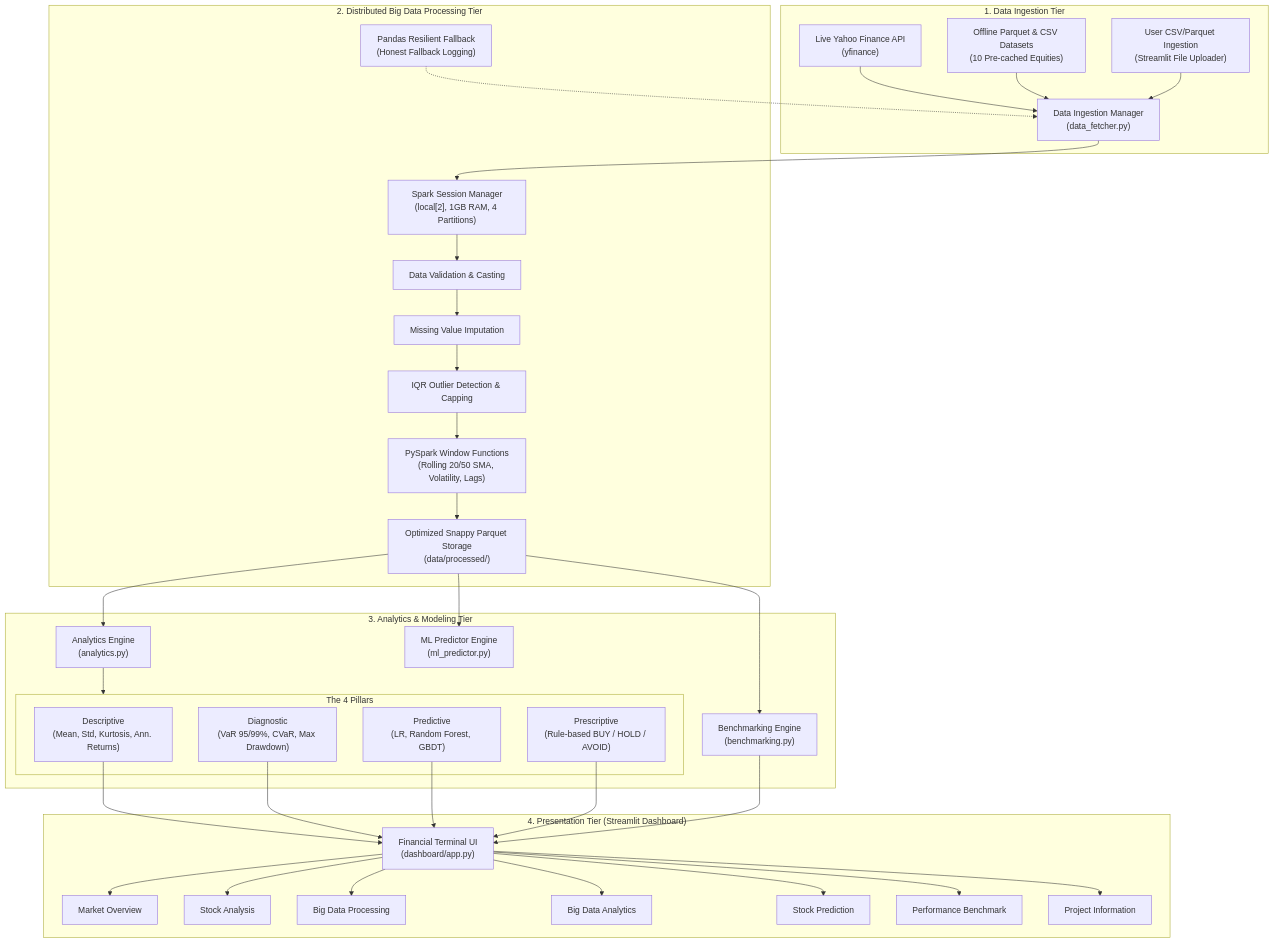
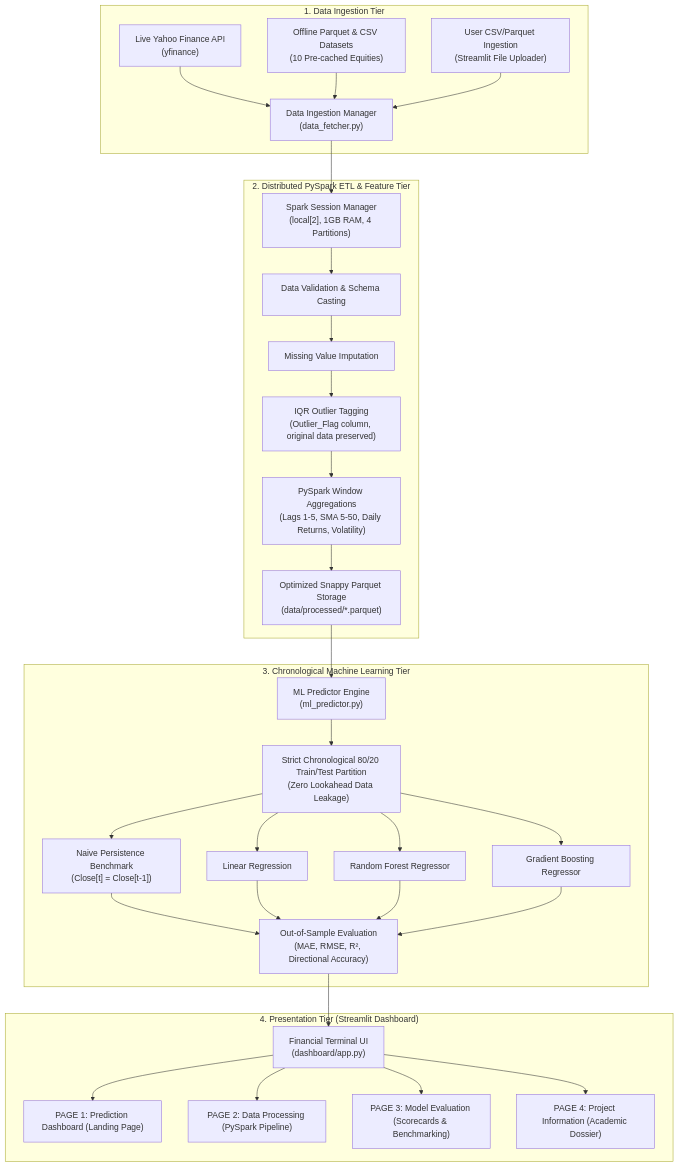
One commit to dinakargowdan585/StockSense-Big-Data-Analytics changed the first of 2 diagrams in BLUEPRINTS.md. Above: the diagram before and after it, drawn with Mermaid. The commit also changed other lines of this file and 6 other files, not shown here.

Commit message:
feat(restructure): transform StockSense into focused 4-page Big Data Stock Market Prediction System

````diff
--- a/BLUEPRINTS.md
+++ b/BLUEPRINTS.md
@@ -11,49 +11,41 @@
 ```mermaid
 flowchart TD
     subgraph Layer1["1. Data Ingestion Tier"]
         API["Live Yahoo Finance API<br/>(yfinance)"]
         LocalDisk["Offline Parquet & CSV Datasets<br/>(10 Pre-cached Equities)"]
         Upload["User CSV/Parquet Ingestion<br/>(Streamlit File Uploader)"]
         IngestionMgr["Data Ingestion Manager<br/>(data_fetcher.py)"]
         API --> IngestionMgr
         LocalDisk --> IngestionMgr
         Upload --> IngestionMgr
     end
 
-    subgraph Layer2["2. Distributed Big Data Processing Tier"]
+    subgraph Layer2["2. Distributed PySpark ETL & Feature Tier"]
         SparkMgr["Spark Session Manager<br/>(local[2], 1GB RAM, 4 Partitions)"]
         IngestionMgr --> SparkMgr
-        ValStage["Data Validation & Casting"] --> CleanStage["Missing Value Imputation"]
-        CleanStage --> OutlierStage["IQR Outlier Detection & Capping"]
-        OutlierStage --> WindowStage["PySpark Window Functions<br/>(Rolling 20/50 SMA, Volatility, Lags)"]
+        ValStage["Data Validation & Schema Casting"] --> CleanStage["Missing Value Imputation"]
+        CleanStage --> OutlierStage["IQR Outlier Tagging<br/>(Outlier_Flag column, original data preserved)"]
+        OutlierStage --> WindowStage["PySpark Window Aggregations<br/>(Lags 1-5, SMA 5-50, Daily Returns, Volatility)"]
         SparkMgr --> ValStage
-        WindowStage --> ParquetSink["Optimized Snappy Parquet Storage<br/>(data/processed/)"]
-        SparkFallback["Pandas Resilient Fallback<br/>(Honest Fallback Logging)"] -.-> IngestionMgr
+        WindowStage --> ParquetSink["Optimized Snappy Parquet Storage<br/>(data/processed/*.parquet)"]
     end
 
-    subgraph Layer3["3. Analytics & Modeling Tier"]
-        ParquetSink --> AnalyticsEngine["Analytics Engine<br/>(analytics.py)"]
+    subgraph Layer3["3. Chronological Machine Learning Tier"]
         ParquetSink --> MLEngine["ML Predictor Engine<br/>(ml_predictor.py)"]
-        ParquetSink --> BenchmarkEngine["Benchmarking Engine<br/>(benchmarking.py)"]
-
-        subgraph FourPillars["The 4 Pillars"]
-            P1["Descriptive<br/>(Mean, Std, Kurtosis, Ann. Returns)"]
-            P2["Diagnostic<br/>(VaR 95/99%, CVaR, Max Drawdown)"]
-            P3["Predictive<br/>(LR, Random Forest, GBDT)"]
-            P4["Prescriptive<br/>(Rule-based BUY / HOLD / AVOID)"]
-        end
-        AnalyticsEngine --> FourPillars
+        ChronoSplit["Strict Chronological 80/20 Train/Test Partition<br/>(Zero Lookahead Data Leakage)"]
+        MLEngine --> ChronoSplit
+        ChronoSplit --> Baseline["Naive Persistence Benchmark<br/>(Close[t] = Close[t-1])"]
+        ChronoSplit --> LR["Linear Regression"]
+        ChronoSplit --> RF["Random Forest Regressor"]
+        ChronoSplit --> GBDT["Gradient Boosting Regressor"]
+        Baseline & LR & RF & GBDT --> Evaluator["Out-of-Sample Evaluation<br/>(MAE, RMSE, R², Directional Accuracy)"]
     end
 
     subgraph Layer4["4. Presentation Tier (Streamlit Dashboard)"]
-        P1 & P2 & P3 & P4 --> Dashboard["Financial Terminal UI<br/>(dashboard/app.py)"]
-        BenchmarkEngine --> Dashboard
-        Dashboard --> Page1["Market Overview"]
-        Dashboard --> Page2["Stock Analysis"]
-        Dashboard --> Page3["Big Data Processing"]
-        Dashboard --> Page4["Big Data Analytics"]
-        Dashboard --> Page5["Stock Prediction"]
-        Dashboard --> Page6["Performance Benchmark"]
-        Dashboard --> Page7["Project Information"]
+        Evaluator --> Dashboard["Financial Terminal UI<br/>(dashboard/app.py)"]
+        Dashboard --> P1["PAGE 1: Prediction Dashboard (Landing Page)"]
+        Dashboard --> P2["PAGE 2: Data Processing (PySpark Pipeline)"]
+        Dashboard --> P3["PAGE 3: Model Evaluation (Scorecards & Benchmarking)"]
+        Dashboard --> P4["PAGE 4: Project Information (Academic Dossier)"]
     end
 ```
````
